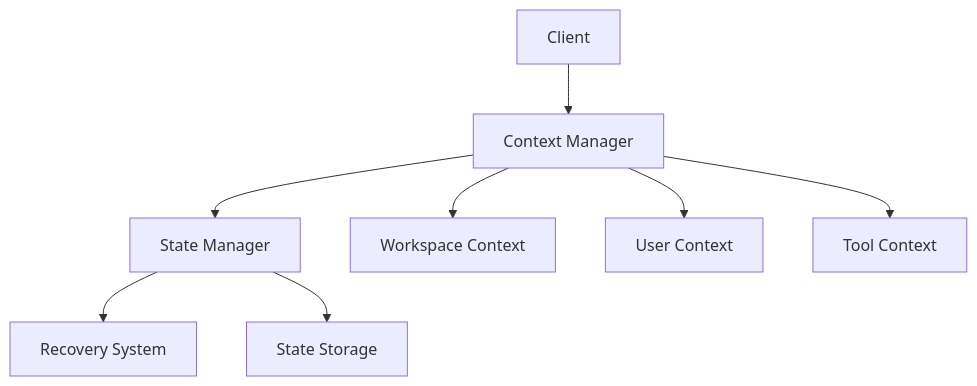
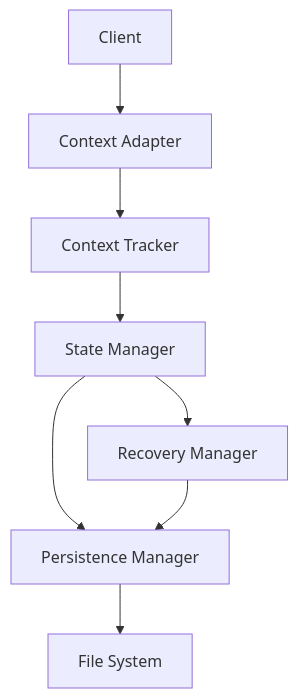
One commit to DataScienceBioLab/squirrel changed the diagram in specs/context/overview.md. Above: the diagram before and after it, drawn with Mermaid. The commit also changed other lines of this file and 17 other files, not shown here.

````diff
--- a/specs/context/overview.md
+++ b/specs/context/overview.md
@@ -51,10 +69,10 @@
 ```mermaid
-graph TB
-    Client[Client] --> Context[Context Manager]
-    Context --> State[State Manager]
-    Context --> Workspace[Workspace Context]
-    Context --> User[User Context]
-    Context --> Tools[Tool Context]
-    State --> Recovery[Recovery System]
-    State --> Storage[State Storage]
+graph TD
+    Client[Client] --> ContextAdapter[Context Adapter]
+    ContextAdapter --> ContextTracker[Context Tracker]
+    ContextTracker --> StateManager[State Manager]
+    StateManager --> PersistenceManager[Persistence Manager]
+    StateManager --> RecoveryManager[Recovery Manager]
+    PersistenceManager --> FileSystem[File System]
+    RecoveryManager --> PersistenceManager
 ```
````
